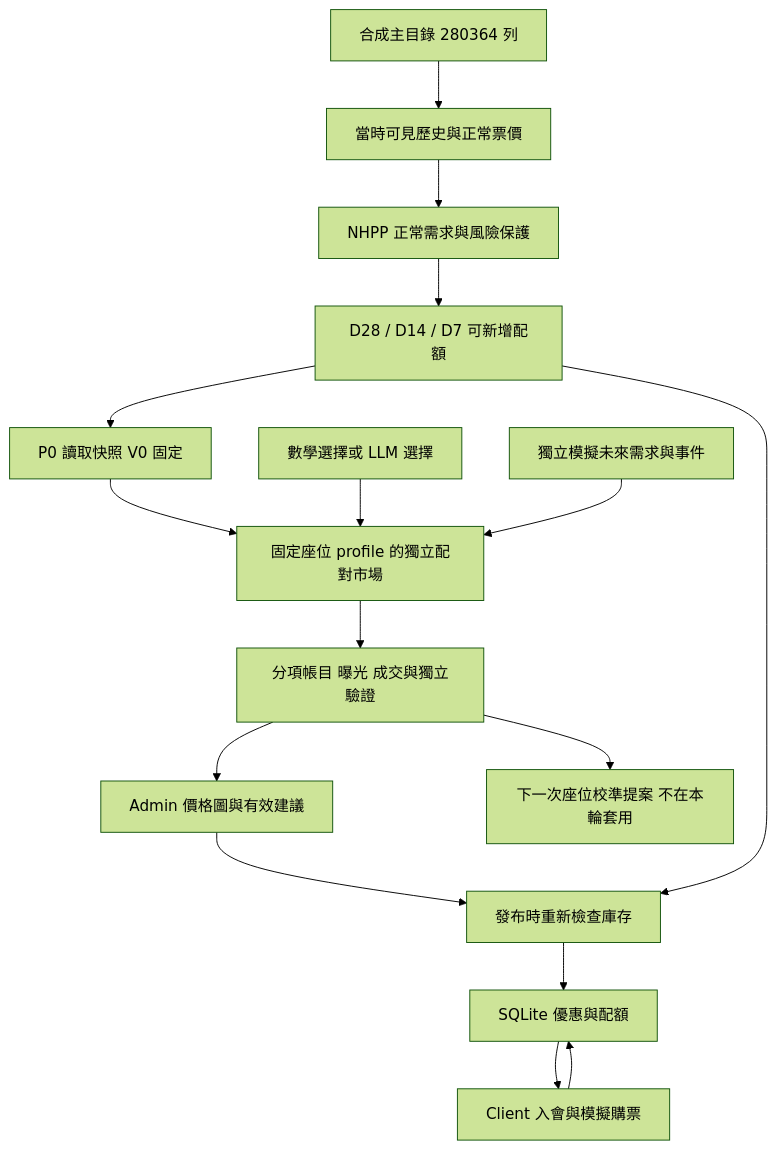
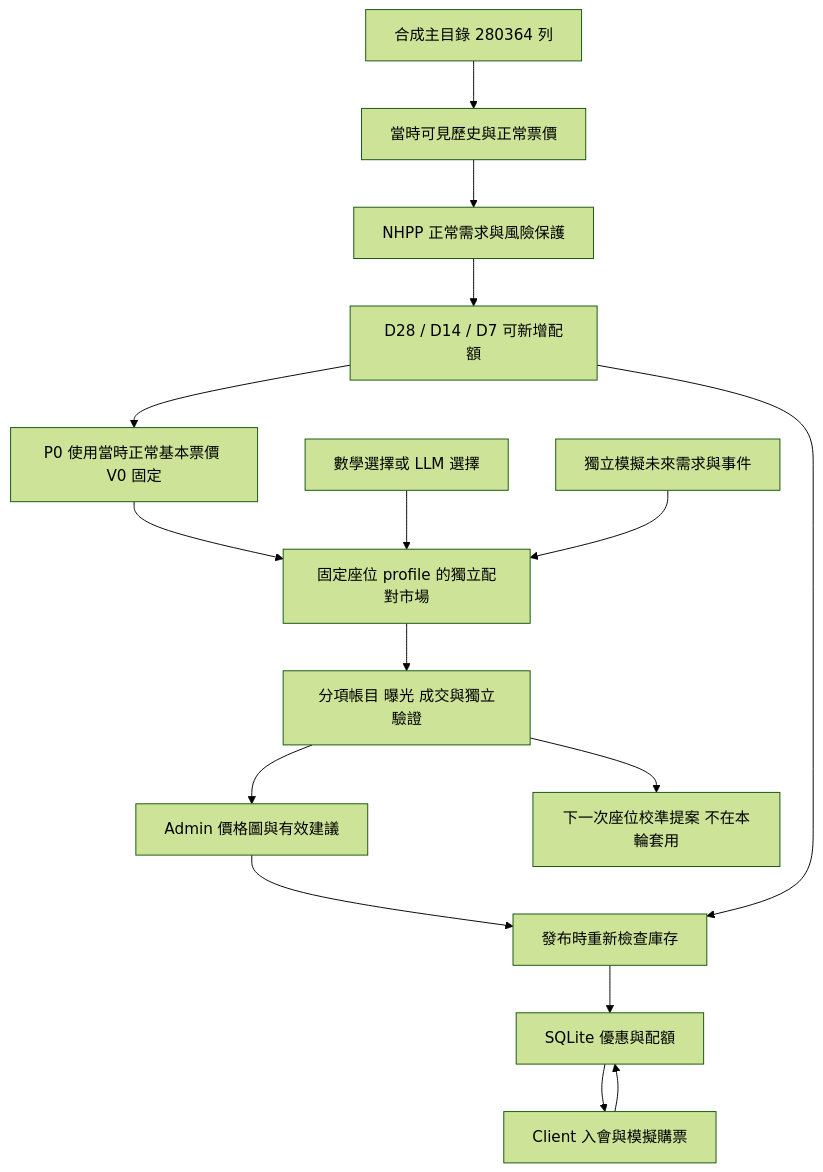
The diagram in docs/CURRENT_IMPLEMENTATION.md (Horse-MA00/E117-AirplaneCPU), drawn with Mermaid (forest theme) before and after one commit. The commit also changed other lines of this file and 21 other files, not shown here.

````diff
--- a/docs/CURRENT_IMPLEMENTATION.md
+++ b/docs/CURRENT_IMPLEMENTATION.md
@@ -27,18 +33,18 @@
 ```mermaid
 flowchart TD
     S[合成主目錄 280364 列] --> D[當時可見歷史與正常票價]
     D --> N[NHPP 正常需求與風險保護]
     N --> R[D28 / D14 / D7 可新增配額]
-    R --> P[P0 讀取快照 V0 固定]
+    R --> P[P0 使用當時正常基本票價 V0 固定]
     P --> W[固定座位 profile 的獨立配對市場]
     M[數學選擇或 LLM 選擇] --> W
     T[獨立模擬未來需求與事件] --> W
     W --> E[分項帳目 曝光 成交與獨立驗證]
     E --> F[Admin 價格圖與有效建議]
     E --> U[下一次座位校準提案 不在本輪套用]
     F --> A[發布時重新檢查庫存]
     R --> A
     A --> Q[SQLite 優惠與配額]
     Q --> C[Client 入會與模擬購票]
     C --> Q
 ```
````
